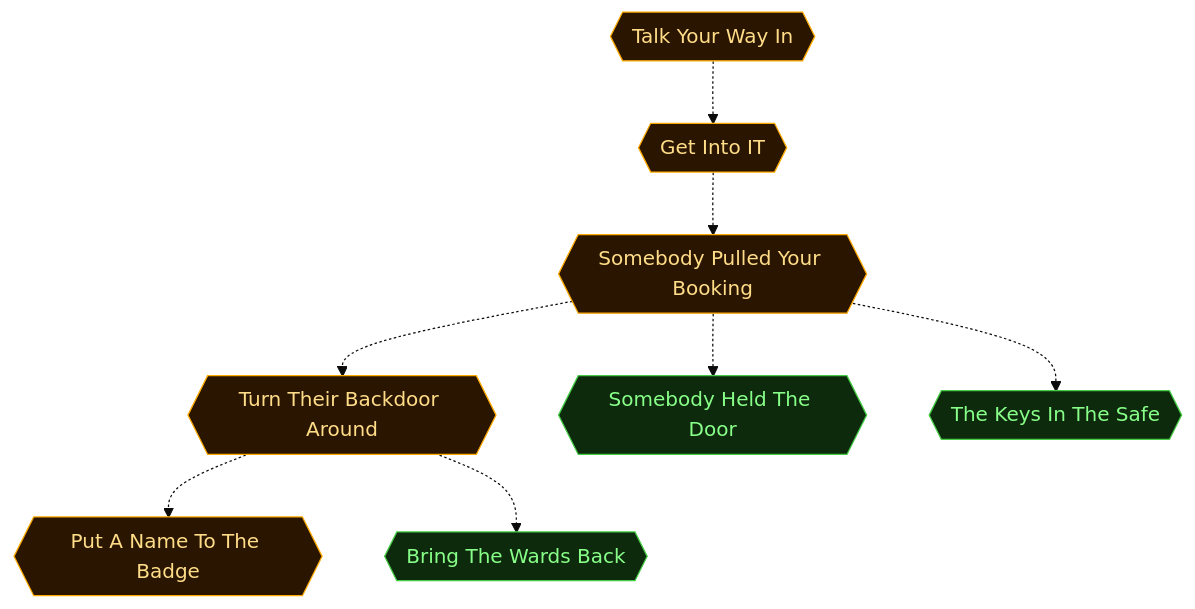
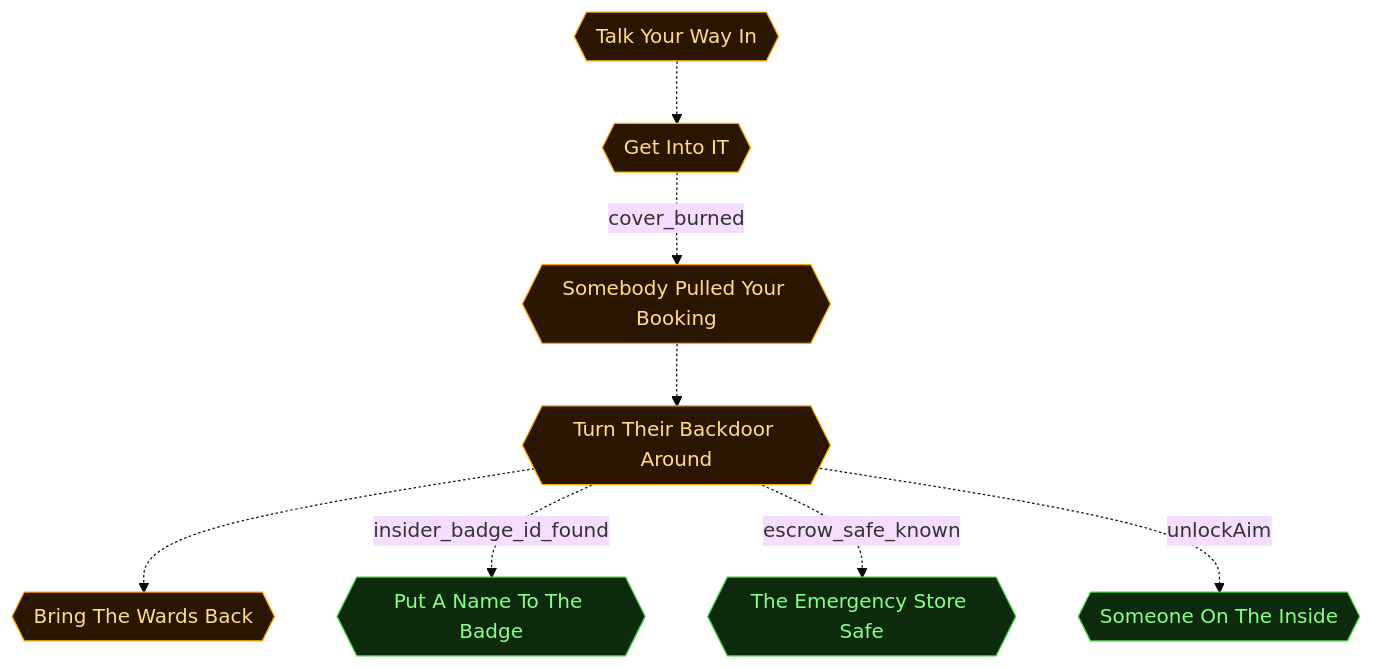
The second of 5 diagrams in scenarios/m02_ransomed_trust/dungeon_graph.md (cliffe/BreakEscape), drawn with Mermaid (base theme) before and after one commit. The commit also changed other lines of this file and 7 other files, not shown here.

````diff
--- a/scenarios/m02_ransomed_trust/dungeon_graph.md
+++ b/scenarios/m02_ransomed_trust/dungeon_graph.md
@@ -322,38 +322,38 @@
 ```mermaid
 flowchart TD
 
   classDef room      fill:#0f2d2d,stroke:#22ddcc,color:#a0ffee
   classDef lock      fill:#2d0f0f,stroke:#e66060,color:#ffa0a0
   classDef key       fill:#2d0812,stroke:#e66060,color:#ffa0a0
   classDef item      fill:#2d1200,stroke:#e89030,color:#ffcc80
   classDef gate      fill:#111,stroke:#666,color:#eee
   classDef vm        fill:#0c1f40,stroke:#4a90d9,color:#a0c8ff
   classDef flag      fill:#1a0c2d,stroke:#9060d0,color:#cc99ff
   classDef action    fill:#1a1200,stroke:#cc9922,color:#ffee88
   classDef aim       fill:#0d2a0d,stroke:#44cc44,color:#88ff88
   classDef aim_gate  fill:#111111,stroke:#44cc44,color:#44cc44
   classDef container fill:#1a2d1a,stroke:#60b060,color:#a0e0a0
   classDef npc       fill:#2d1f0d,stroke:#d0a050,color:#ffe0a0
   classDef critical  fill:#2a1500,stroke:#ffaa00,color:#ffdd88
   classDef start     fill:#003322,stroke:#00ffaa,color:#00ffaa
 
   aim_infiltrate_hospital{{"Talk Your Way In"}}
   aim_access_it_systems{{"Get Into IT"}}
   aim_cover_compromised{{"Somebody Pulled Your Booking"}}
   aim_exploit_entropy_backdoor{{"Turn Their Backdoor Around"}}
-  aim_unmask_inside_asset{{"Somebody Held The Door"}}
+  aim_unmask_inside_asset{{"Someone On The Inside"}}
   aim_identify_inside_asset{{"Put A Name To The Badge"}}
-  aim_recover_offline_keys{{"The Keys In The Safe"}}
+  aim_recover_offline_keys{{"The Emergency Store Safe"}}
   aim_restore_hospital_systems{{"Bring The Wards Back"}}
 
   aim_infiltrate_hospital -.-> aim_access_it_systems
-  aim_access_it_systems -.-> aim_cover_compromised
   aim_cover_compromised -.-> aim_exploit_entropy_backdoor
-  aim_cover_compromised -.-> aim_unmask_inside_asset
-  aim_exploit_entropy_backdoor -.-> aim_identify_inside_asset
-  aim_cover_compromised -.-> aim_recover_offline_keys
   aim_exploit_entropy_backdoor -.-> aim_restore_hospital_systems
+  aim_access_it_systems -.->|cover_burned| aim_cover_compromised
+  aim_exploit_entropy_backdoor -.->|insider_badge_id_found| aim_identify_inside_asset
+  aim_exploit_entropy_backdoor -.->|escrow_safe_known| aim_recover_offline_keys
+  aim_exploit_entropy_backdoor -.->|unlockAim| aim_unmask_inside_asset
 
-  class aim_infiltrate_hospital,aim_access_it_systems,aim_cover_compromised,aim_exploit_entropy_backdoor,aim_identify_inside_asset critical
-  class aim_unmask_inside_asset,aim_recover_offline_keys,aim_restore_hospital_systems aim
+  class aim_infiltrate_hospital,aim_access_it_systems,aim_cover_compromised,aim_exploit_entropy_backdoor,aim_restore_hospital_systems critical
+  class aim_unmask_inside_asset,aim_identify_inside_asset,aim_recover_offline_keys aim
 ```
````
